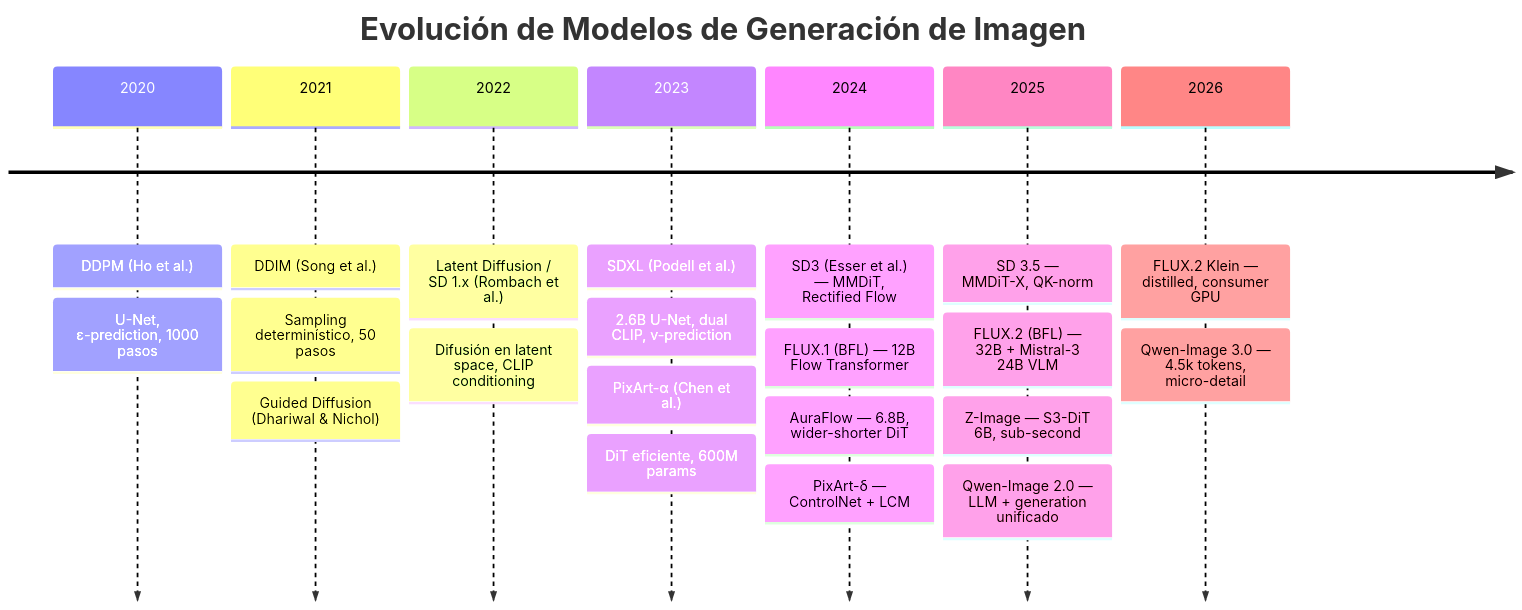
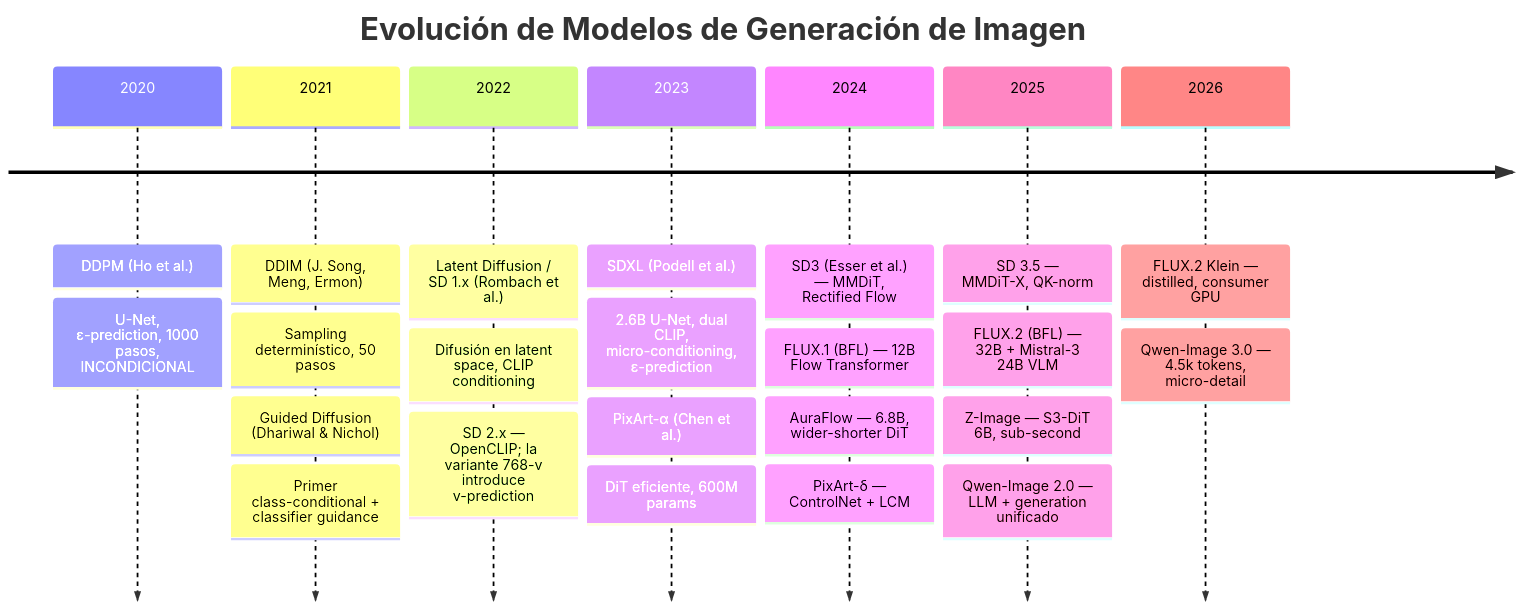
Before and after one commit to DavidDevGt/DifusionReal: the first of 2 diagrams in 16-image-models/README.md, drawn with Mermaid. The commit also changed other lines of this file, not shown here.

````diff
--- a/16-image-models/README.md
+++ b/16-image-models/README.md
@@ -9,25 +23,27 @@
 ```mermaid
 timeline
     title Evolución de Modelos de Generación de Imagen
     2020 : DDPM (Ho et al.)
-         : U-Net, ε-prediction, 1000 pasos
-    2021 : DDIM (Song et al.)
+         : U-Net, ε-prediction, 1000 pasos, INCONDICIONAL
+    2021 : DDIM (J. Song, Meng, Ermon)
          : Sampling determinístico, 50 pasos
          : Guided Diffusion (Dhariwal & Nichol)
+         : Primer class-conditional + classifier guidance
     2022 : Latent Diffusion / SD 1.x (Rombach et al.)
          : Difusión en latent space, CLIP conditioning
+         : SD 2.x — OpenCLIP; la variante 768-v introduce v-prediction
     2023 : SDXL (Podell et al.)
-         : 2.6B U-Net, dual CLIP, v-prediction
+         : 2.6B U-Net, dual CLIP, micro-conditioning, ε-prediction
          : PixArt-α (Chen et al.)
          : DiT eficiente, 600M params
     2024 : SD3 (Esser et al.) — MMDiT, Rectified Flow
          : FLUX.1 (BFL) — 12B Flow Transformer
          : AuraFlow — 6.8B, wider-shorter DiT
          : PixArt-δ — ControlNet + LCM
     2025 : SD 3.5 — MMDiT-X, QK-norm
          : FLUX.2 (BFL) — 32B + Mistral-3 24B VLM
          : Z-Image — S3-DiT 6B, sub-second
          : Qwen-Image 2.0 — LLM + generation unificado
     2026 : FLUX.2 Klein — distilled, consumer GPU
          : Qwen-Image 3.0 — 4.5k tokens, micro-detail
 ```
````
